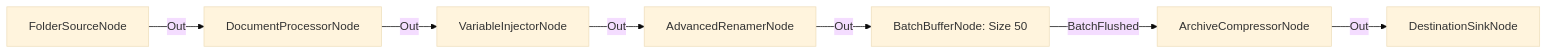
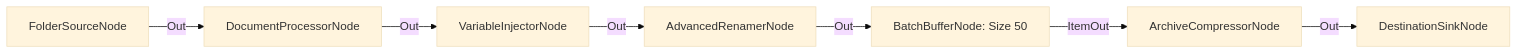
The diagram in docs/examples/04_complex/flow_34_sistema_ingesta_documental_empresa.md (kaoticos53/ArchiveProceser), drawn with Mermaid (base theme) before and after one commit. The commit also changed other lines of this file and 114 other files, not shown here.

````diff
--- a/docs/examples/04_complex/flow_34_sistema_ingesta_documental_empresa.md
+++ b/docs/examples/04_complex/flow_34_sistema_ingesta_documental_empresa.md
@@ -10,9 +10,9 @@
 ```mermaid
 graph LR
   A[FolderSourceNode] -->|Out| B[DocumentProcessorNode]
   B -->|Out| C[VariableInjectorNode]
   C -->|Out| D[AdvancedRenamerNode]
   D -->|Out| E[BatchBufferNode: Size 50]
-  E -->|BatchFlushed| F[ArchiveCompressorNode]
+  E -->|ItemOut| F[ArchiveCompressorNode]
   F -->|Out| G[DestinationSinkNode]
 ```
````
